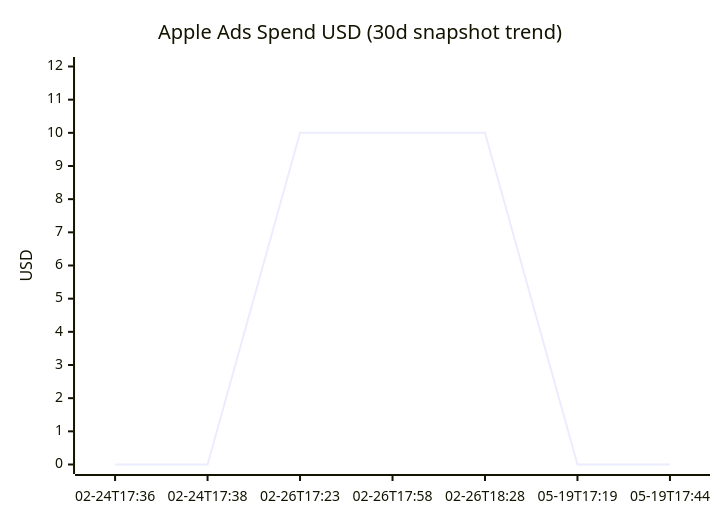
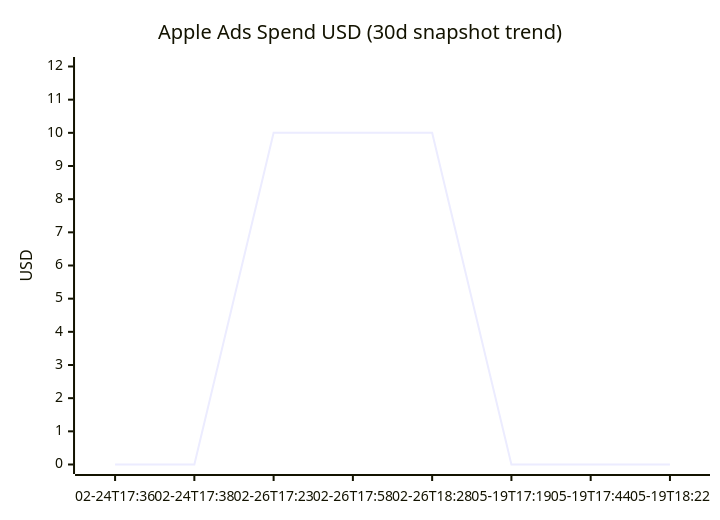
One commit to IgorGanapolsky/Random-Timer changed the fourth of 4 diagrams in wiki/Paid-Acquisition.md. Above: the diagram before and after it, drawn with Mermaid. The commit also changed other lines of this file and 9 other files, not shown here.

````diff
--- a/wiki/Paid-Acquisition.md
+++ b/wiki/Paid-Acquisition.md
@@ -66,7 +66,7 @@
 ```mermaid
 xychart-beta
     title "Apple Ads Spend USD (30d snapshot trend)"
-    x-axis ["02-24T17:36" , "02-24T17:38" , "02-26T17:23" , "02-26T17:58" , "02-26T18:28" , "05-19T17:19" , "05-19T17:44"]
+    x-axis ["02-24T17:36" , "02-24T17:38" , "02-26T17:23" , "02-26T17:58" , "02-26T18:28" , "05-19T17:19" , "05-19T17:44" , "05-19T18:22"]
     y-axis "USD" 0 --> 12
-    line [0.0 , 0.0 , 10.0 , 10.0 , 10.0 , 0.0 , 0.0]
+    line [0.0 , 0.0 , 10.0 , 10.0 , 10.0 , 0.0 , 0.0 , 0.0]
 ```
````
